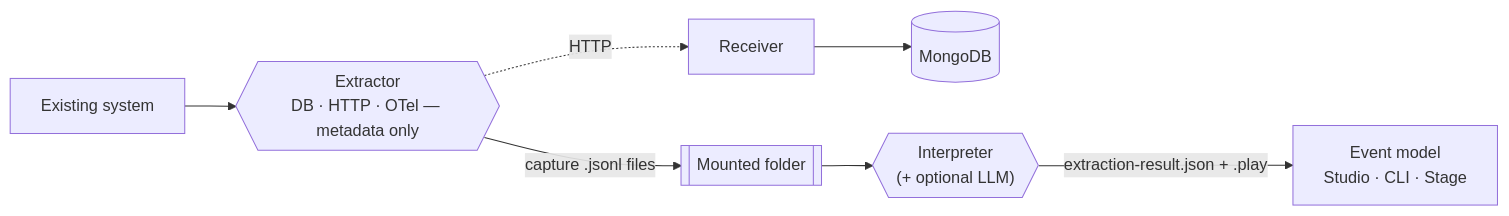
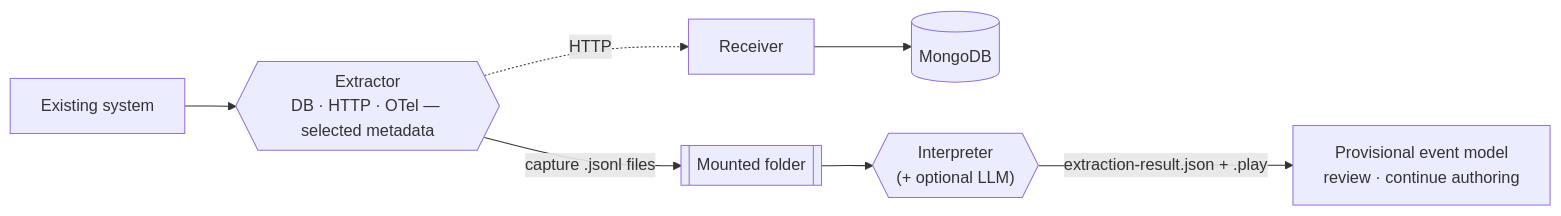
One commit to Cratis/Prologue changed the diagram in Documentation/index.md. Above: the diagram before and after it, drawn with Mermaid. The commit also changed other lines of this file and 13 other files, not shown here.

````diff
--- a/Documentation/index.md
+++ b/Documentation/index.md
@@ -16,8 +22,8 @@
 ```mermaid
 flowchart LR
-    Sys["Existing system"] --> Ext{{"Extractor\nDB · HTTP · OTel — metadata only"}}
+    Sys["Existing system"] --> Ext{{"Extractor\nDB · HTTP · OTel — selected metadata"}}
     Ext -->|"capture .jsonl files"| Folder[["Mounted folder"]]
     Ext -.->|"HTTP"| Rcv["Receiver"] --> Mongo[("MongoDB")]
     Folder --> Interp{{"Interpreter\n(+ optional LLM)"}}
-    Interp -->|"extraction-result.json + .play"| Model["Event model\nStudio · CLI · Stage"]
+    Interp -->|"extraction-result.json + .play"| Model["Provisional event model\nreview · continue authoring"]
 ```
````
